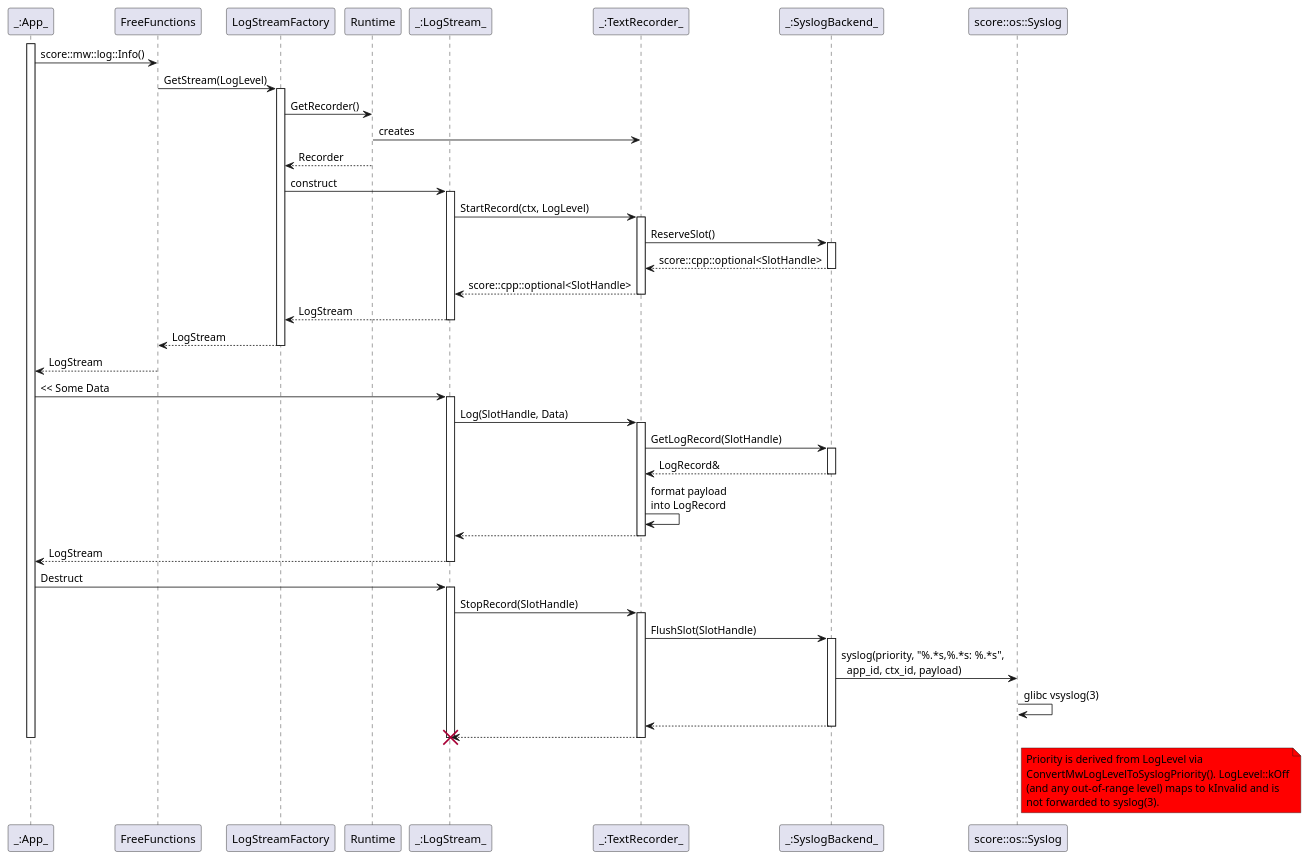
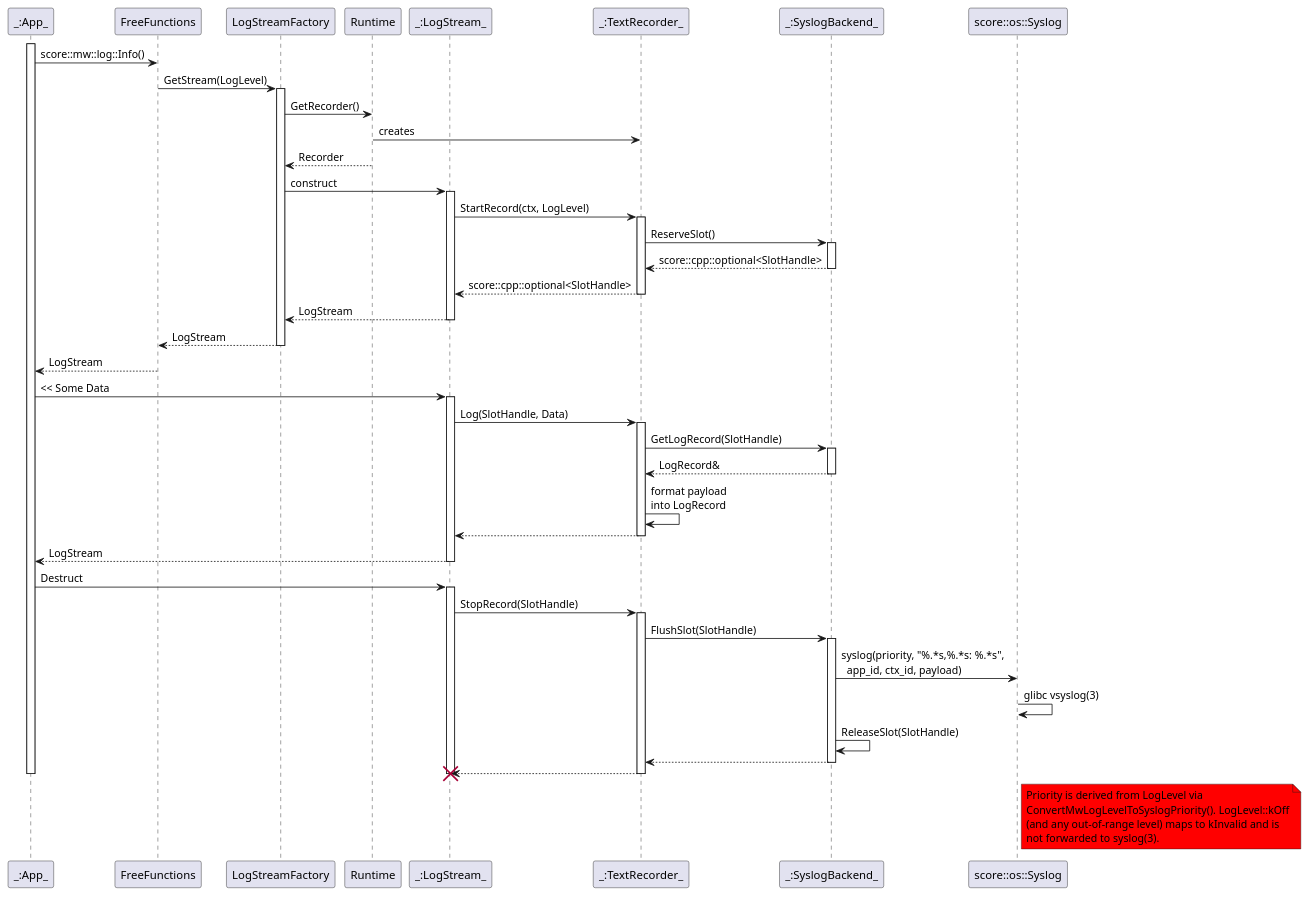
The diagram in docs/components/mw_log/detailed_design/_assets/syslog_backend_sequence.puml (eclipse-score/logging), drawn with PlantUML before and after one commit. The commit also changed 6 other files, not shown here.

```diff
--- a/docs/components/mw_log/detailed_design/_assets/syslog_backend_sequence.puml
+++ b/docs/components/mw_log/detailed_design/_assets/syslog_backend_sequence.puml
@@ -13,98 +13,100 @@
 @startuml syslog_backend_sequence
 
 participant "_:App_" as App
 participant "FreeFunctions" as FreeFunctions
 participant "LogStreamFactory" as LogStreamFactory
 participant "Runtime" as Runtime
 participant "_:LogStream_" as LogStream
 participant "_:TextRecorder_" as TextRecorder
 participant "_:SyslogBackend_" as SyslogBackend
 participant "score::os::Syslog" as Syslog
 
 activate App
 
 App -> FreeFunctions : score::mw::log::Info()
 
 FreeFunctions -> LogStreamFactory : GetStream(LogLevel)
 
 activate LogStreamFactory
 
 LogStreamFactory -> Runtime : GetRecorder()
 Runtime -> TextRecorder : creates
 LogStreamFactory <-- Runtime : Recorder
 
 LogStreamFactory -> LogStream : construct
 
 activate LogStream
 
 LogStream -> TextRecorder : StartRecord(ctx, LogLevel)
 activate TextRecorder
 
 TextRecorder -> SyslogBackend : ReserveSlot()
 activate SyslogBackend
 TextRecorder <-- SyslogBackend : score::cpp::optional<SlotHandle>
 deactivate SyslogBackend
 
 LogStream <-- TextRecorder : score::cpp::optional<SlotHandle>
 deactivate TextRecorder
 
 LogStreamFactory <-- LogStream : LogStream
 deactivate LogStream
 
 FreeFunctions <-- LogStreamFactory : LogStream
 deactivate LogStreamFactory
 
 App <-- FreeFunctions : LogStream
 
 App -> LogStream : << Some Data
 
 activate LogStream
 
 LogStream -> TextRecorder : Log(SlotHandle, Data)
 activate TextRecorder
 
 TextRecorder -> SyslogBackend : GetLogRecord(SlotHandle)
 activate SyslogBackend
 TextRecorder <-- SyslogBackend : LogRecord&
 deactivate SyslogBackend
 
 TextRecorder -> TextRecorder : format payload\ninto LogRecord
 
 LogStream <-- TextRecorder
 deactivate TextRecorder
 
 App <-- LogStream : LogStream
 deactivate LogStream
 
 App -> LogStream : Destruct
 
 activate LogStream
 
 LogStream -> TextRecorder : StopRecord(SlotHandle)
 activate TextRecorder
 
 TextRecorder -> SyslogBackend : FlushSlot(SlotHandle)
 activate SyslogBackend
 
 SyslogBackend -> Syslog : syslog(priority, "%.*s,%.*s: %.*s",\n  app_id, ctx_id, payload)
 
 Syslog -> Syslog : glibc vsyslog(3)
 
+SyslogBackend -> SyslogBackend : ReleaseSlot(SlotHandle)
+
 TextRecorder <-- SyslogBackend
 deactivate SyslogBackend
 
 LogStream <-- TextRecorder
 deactivate TextRecorder
 
 destroy LogStream
 
 deactivate App
 
 note right of Syslog #red
   Priority is derived from LogLevel via
   ConvertMwLogLevelToSyslogPriority(). LogLevel::kOff
   (and any out-of-range level) maps to kInvalid and is
   not forwarded to syslog(3).
 end note
 
 @enduml
```
